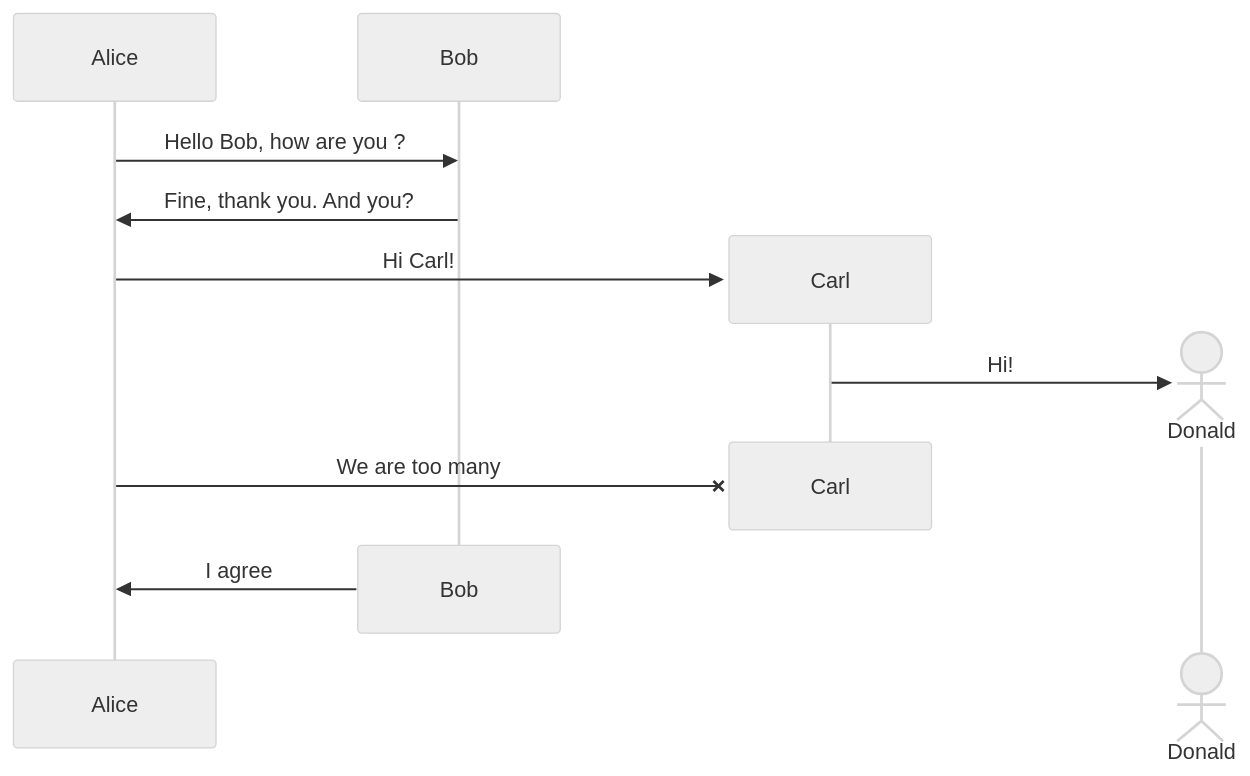
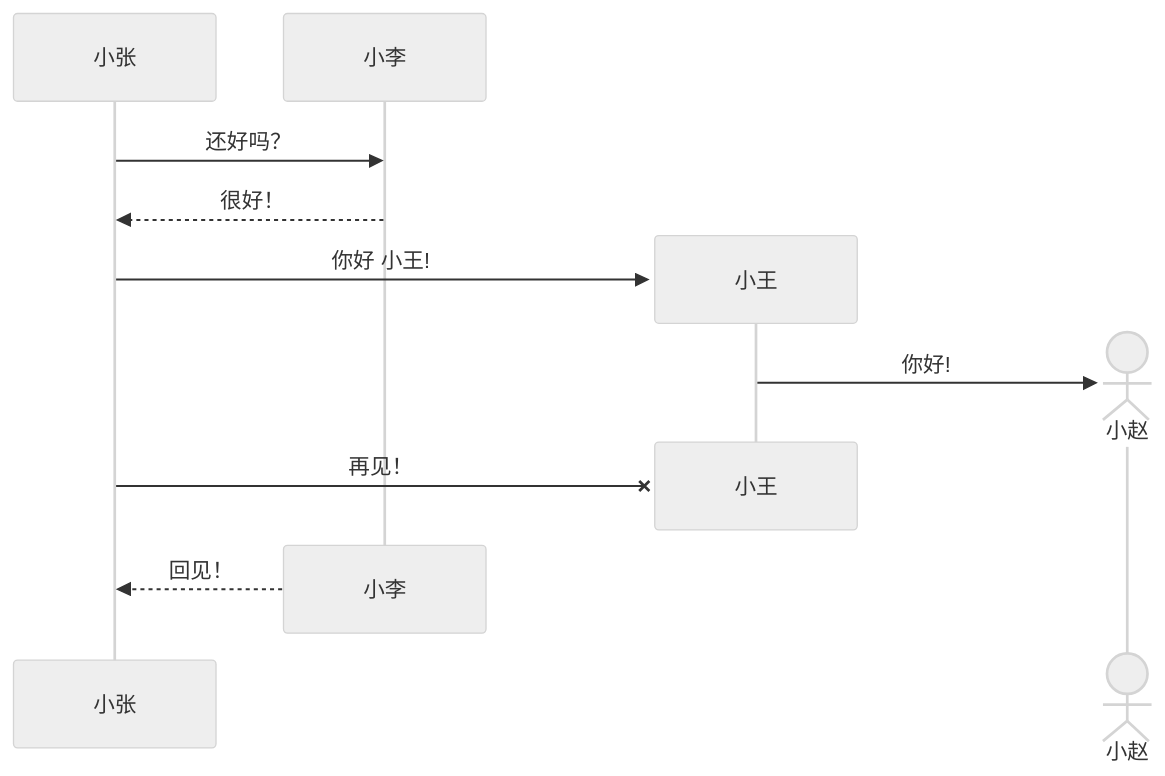
One commit to liulong0125/liulong0125.github.io changed diagram 15 of 21 in _posts/2025-09-02-mermaid.js.md. Above: the diagram before and after it, drawn with Mermaid (neutral theme). The commit also changed other lines of this file, not shown here.

Commit message:
更新时序图

````diff
--- a/_posts/2025-09-02-mermaid.js.md
+++ b/_posts/2025-09-02-mermaid.js.md
@@ -668,21 +676,21 @@
 ```mermaid
 sequenceDiagram
-    Alice->>Bob: Hello Bob, how are you ?
-    Bob->>Alice: Fine, thank you. And you?
+  小张->>小李: 还好吗？
+  小李-->>小张: 很好！
 
-    create participant Carl
+  create participant 小王
 
-    Alice->>Carl: Hi Carl!
+  小张->>小王: 你好 小王!
 
-    create actor D as Donald
+  create actor D as 小赵
+  
+  小王->>D: 你好!
 
-    Carl->>D: Hi!
+  destroy 小王
 
-    destroy Carl
+  小张-x小王: 再见！
 
-    Alice-xCarl: We are too many
+  destroy 小李
 
-    destroy Bob
-
-    Bob->>Alice: I agree
+  小李-->>小张: 回见！
 ```
````
